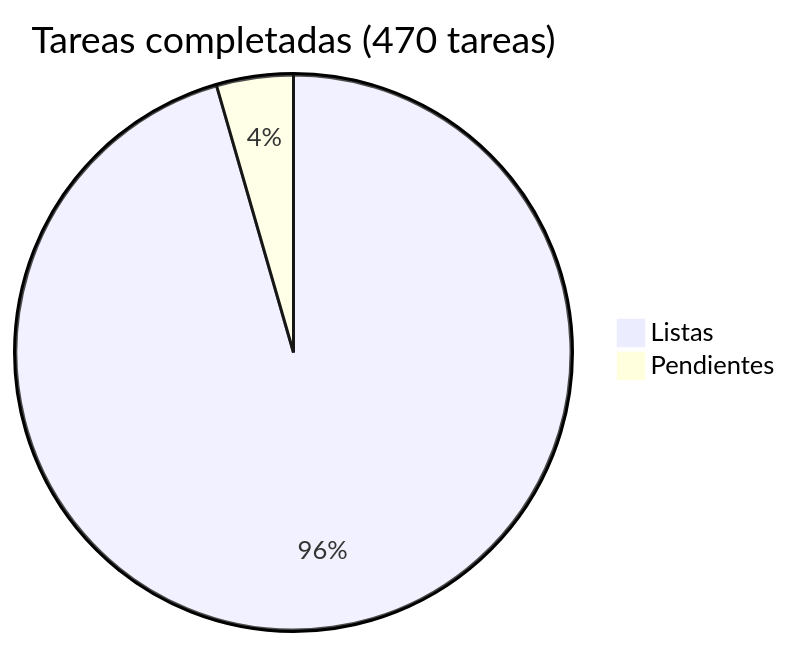
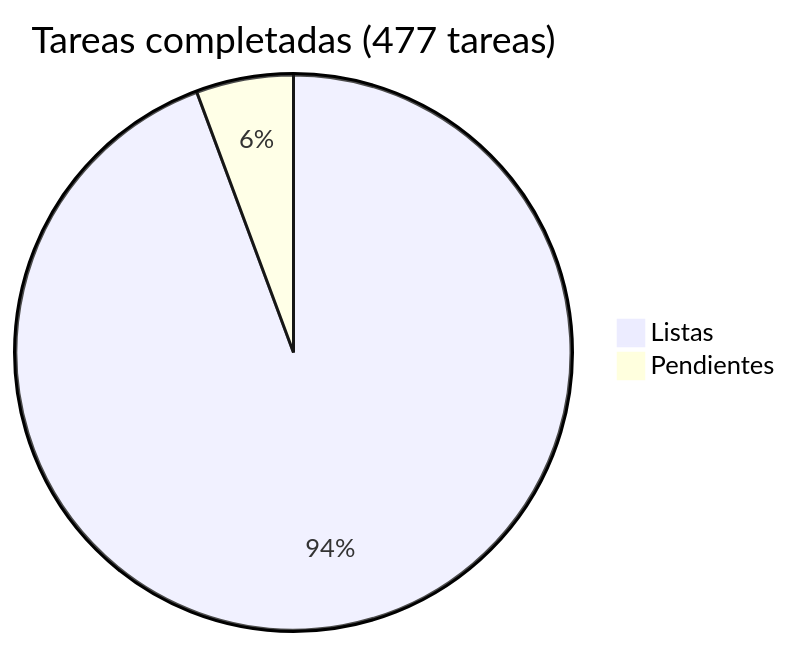
The diagram in docs/roadmap/README.md (araguaney-lat/araguaney), drawn with Mermaid before and after one commit. The commit also changed other lines of this file and 4 other files, not shown here.

````diff
--- a/docs/roadmap/README.md
+++ b/docs/roadmap/README.md
@@ -5,5 +5,5 @@
 ```mermaid
-pie title Tareas completadas (470 tareas)
-    "Listas" : 449
-    "Pendientes" : 21
+pie title Tareas completadas (477 tareas)
+    "Listas" : 450
+    "Pendientes" : 27
 ```
````
